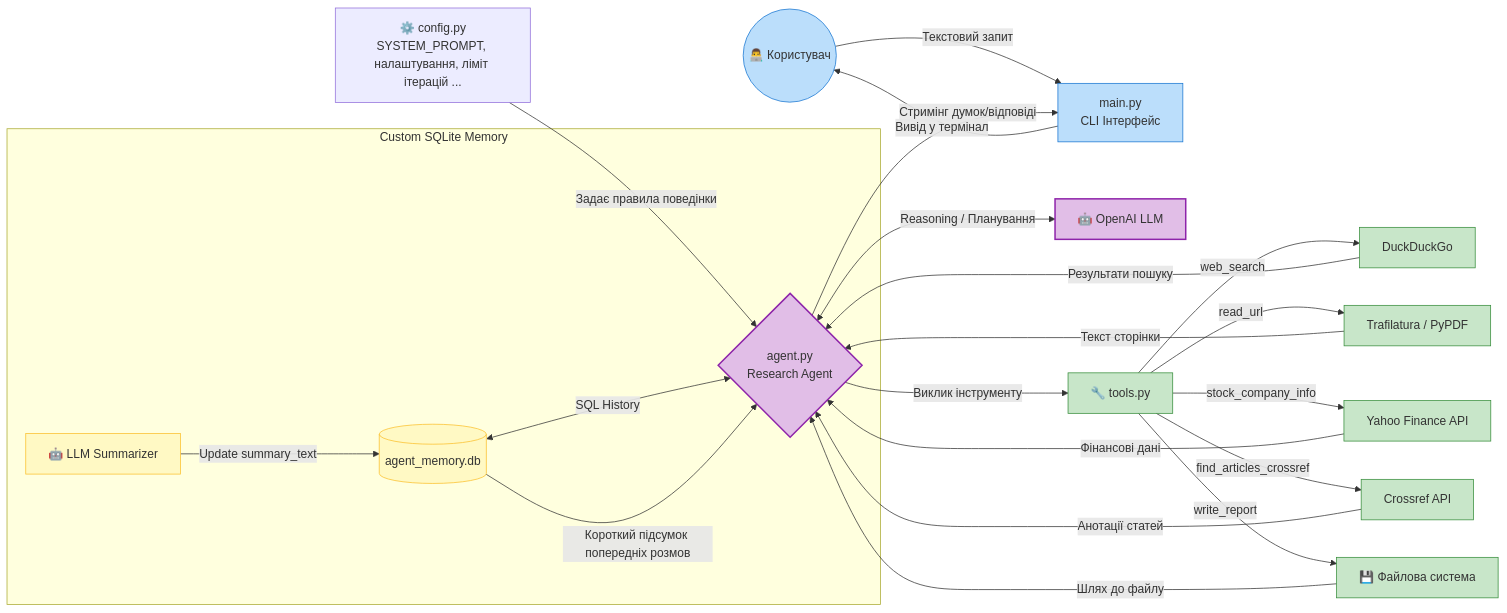
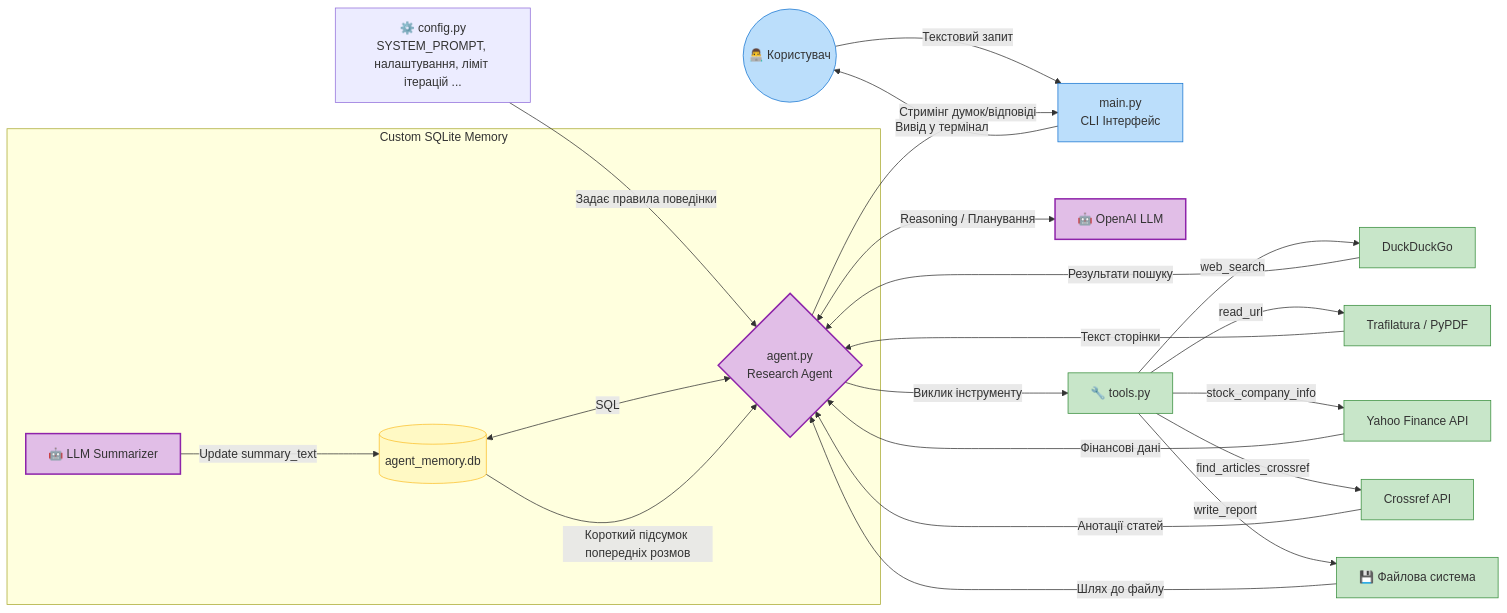
Before and after one commit to viktor-taraba/MULTI-AGENT-SYSTEMS-course: the diagram in homework-lesson-4/README.md, drawn with Mermaid.

Commit message:
Update README.md to reflect memory system changes

````diff
--- a/homework-lesson-4/README.md
+++ b/homework-lesson-4/README.md
@@ -66,42 +66,42 @@
 ```mermaid
 graph LR
     User((👨‍💻 Користувач)) -->|Текстовий запит| Main[main.py<br/>CLI Інтерфейс]
 
     Config[⚙️ config.py<br/>SYSTEM_PROMPT, налаштування, ліміт ітерацій ...] -->|Задає правила поведінки| Agent{agent.py<br/>Research Agent}
     
     %% Оновлений блок пам'яті
     subgraph Memory_System [Custom SQLite Memory]
-        DB[(agent_memory.db)] <-->|SQL History| Agent
+        DB[(agent_memory.db)] <-->|SQL| Agent
         Summary[🤖 LLM Summarizer] -->|Update summary_text| DB
         DB -->|Короткий підсумок попередніх розмов| Agent
     end
 
     Agent <-->|Reasoning / Планування| LLM[🤖 OpenAI LLM]
     
     Agent -->|Виклик інструменту| Tools[🔧 tools.py]
     
     Tools -->|web_search| Web[DuckDuckGo]
     Tools -->|read_url| URL[Trafilatura / PyPDF]
     Tools -->|stock_company_info| Fin[Yahoo Finance API]
     Tools -->|find_articles_crossref| Sci[Crossref API]
     Tools -->|write_report| Save[💾 Файлова система]
     
     Web -->|Результати пошуку| Agent
     URL -->|Текст сторінки| Agent
     Fin -->|Фінансові дані| Agent
     Sci -->|Анотації статей| Agent
     Save -->|Шлях до файлу| Agent
     
     Agent -->|Стримінг думок/відповіді| Main
     Main -->|Вивід у термінал| User
   
     classDef core fill:#e1bee7,stroke:#8e24aa,stroke-width:2px;
     classDef io fill:#bbdefb,stroke:#1976d2,stroke-width:1px;
     classDef tool fill:#c8e6c9,stroke:#388e3c,stroke-width:1px;
     classDef db_style fill:#fff9c4,stroke:#fbc02d,stroke-width:1px;
     
-    class Agent,LLM core;
+    class Agent,LLM,Summary core;
     class User,Main io;
     class Tools,Web,URL,Fin,Sci,Save tool;
-    class DB,Summary db_style;
+    class DB db_style;
 ```
````
